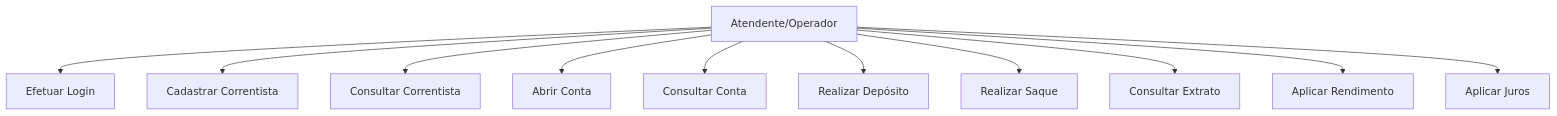
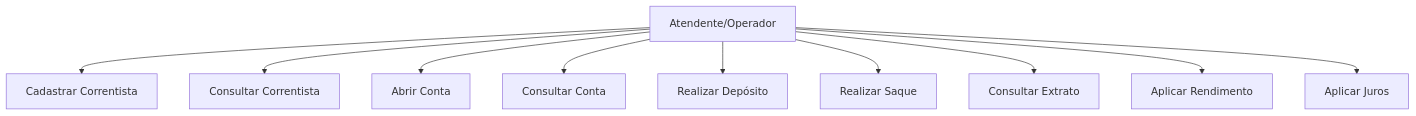
One commit to victornbjj/sistema-bancario changed the diagram in docs/02-casos-de-uso.md. Above: the diagram before and after it, drawn with Mermaid. The commit also changed other lines of this file and 8 other files, not shown here.

````diff
--- a/docs/02-casos-de-uso.md
+++ b/docs/02-casos-de-uso.md
@@ -12,13 +12,12 @@
 ```mermaid
 graph TD
-    A[Atendente/Operador] --> UC1[Efetuar Login]
-    A --> UC2[Cadastrar Correntista]
-    A --> UC3[Consultar Correntista]
-    A --> UC4[Abrir Conta]
-    A --> UC5[Consultar Conta]
-    A --> UC6[Realizar Depósito]
-    A --> UC7[Realizar Saque]
-    A --> UC8[Consultar Extrato]
-    A --> UC9[Aplicar Rendimento]
-    A --> UC10[Aplicar Juros]
+    A[Atendente/Operador] --> UC1[Cadastrar Correntista]
+    A --> UC2[Consultar Correntista]
+    A --> UC3[Abrir Conta]
+    A --> UC4[Consultar Conta]
+    A --> UC5[Realizar Depósito]
+    A --> UC6[Realizar Saque]
+    A --> UC7[Consultar Extrato]
+    A --> UC8[Aplicar Rendimento]
+    A --> UC9[Aplicar Juros]
 ```
````
